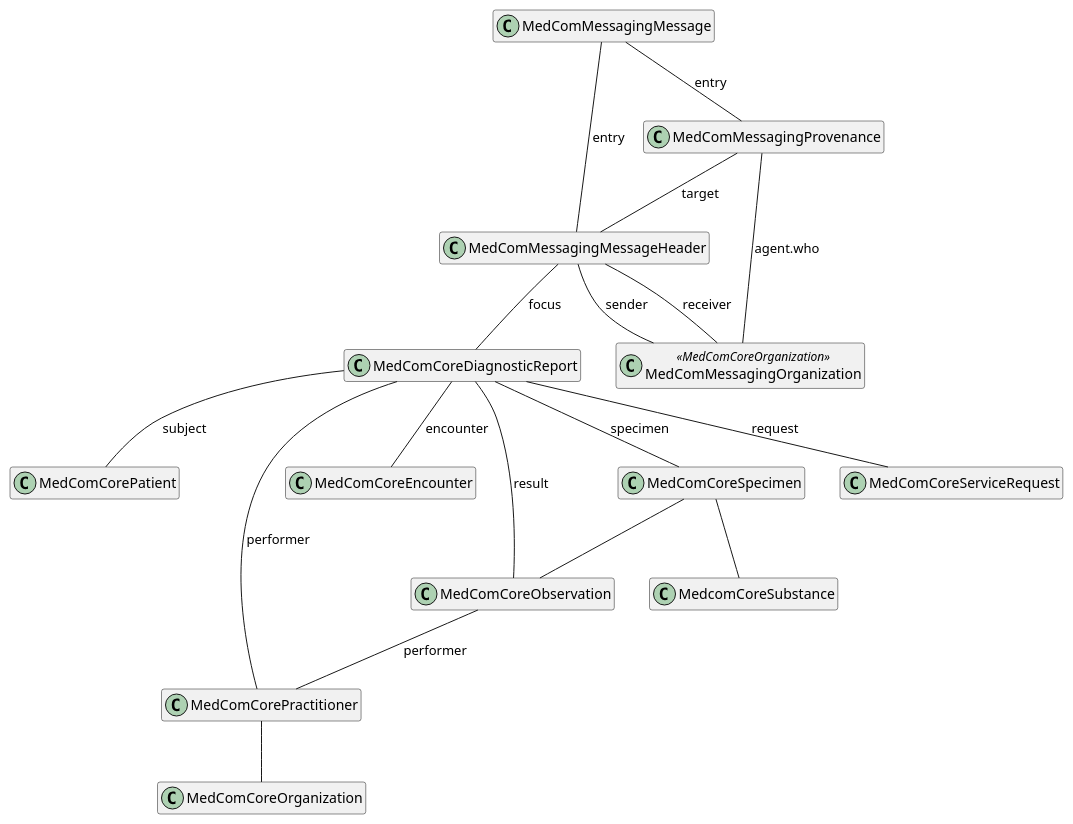
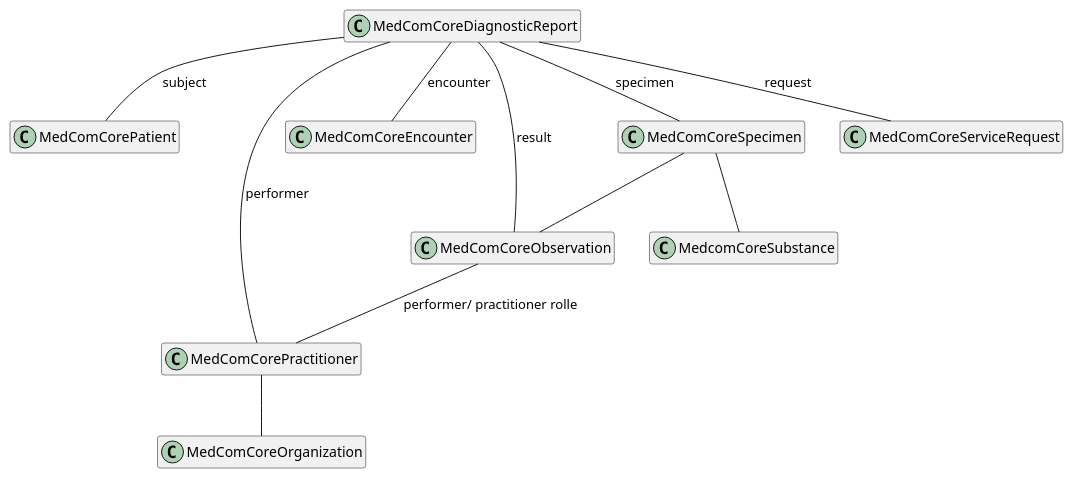
Before and after one commit to medcomdk/dk_MunicipalityObservationResults: the diagram in puml/CareLaboratory_results.puml, drawn with PlantUML. The commit also changed 1 other file, not shown here.

```diff
--- a/puml/CareLaboratory_results.puml
+++ b/puml/CareLaboratory_results.puml
@@ -1,40 +1,33 @@
 @startuml HomeCareObservation
 
 hide empty members
 
 top to bottom direction
 
-class "MedComMessagingMessage" as message
-class "MedComMessagingMessageHeader" as messageheader
-class "MedComMessagingProvenance" as provenance
-class "MedComMessagingOrganization" as messagingOrganization <<MedComCoreOrganization>>
+' class "MedComMessagingMessage" as message
+' class "MedComMessagingMessageHeader" as messageheader
+' class "MedComMessagingProvenance" as provenance
+' class "MedComMessagingOrganization" as messagingOrganization <<MedComCoreOrganization>>
 class "MedComCorePatient" as patient
 class "MedComCorePractitioner" as author
 class "MedComCoreEncounter" as encounter
 class "MedComCoreOrganization" as organization
 class "MedComCoreDiagnosticReport" as diagnosticReport
 class "MedComCoreObservation" as observation
 class "MedComCoreSpecimen" as specimen 
 class "MedcomCoreSubstance" as substance
 class "MedComCoreServiceRequest" as request
 
 
-message -- messageheader : "entry"
-messageheader -- diagnosticReport : "focus"
-diagnosticReport -- patient : "subject"
-message -- provenance : "entry"
-provenance -- messageheader : "target" 
-provenance -- messagingOrganization : "agent.who"
+
 diagnosticReport -- encounter : "encounter"
 diagnosticReport -- request: "request"
 diagnosticReport -- observation : "result"
 diagnosticReport -- specimen : "specimen"
 diagnosticReport -- author: "performer"
+diagnosticReport -- patient: "subject"
 specimen -- substance
 specimen --observation
-observation -- author:"performer"
+observation -- author:"performer/ practitioner rolle"
 author -- organization
-messageheader -- messagingOrganization : "receiver"
-messageheader -- messagingOrganization : "sender"
-
 @enduml
```
